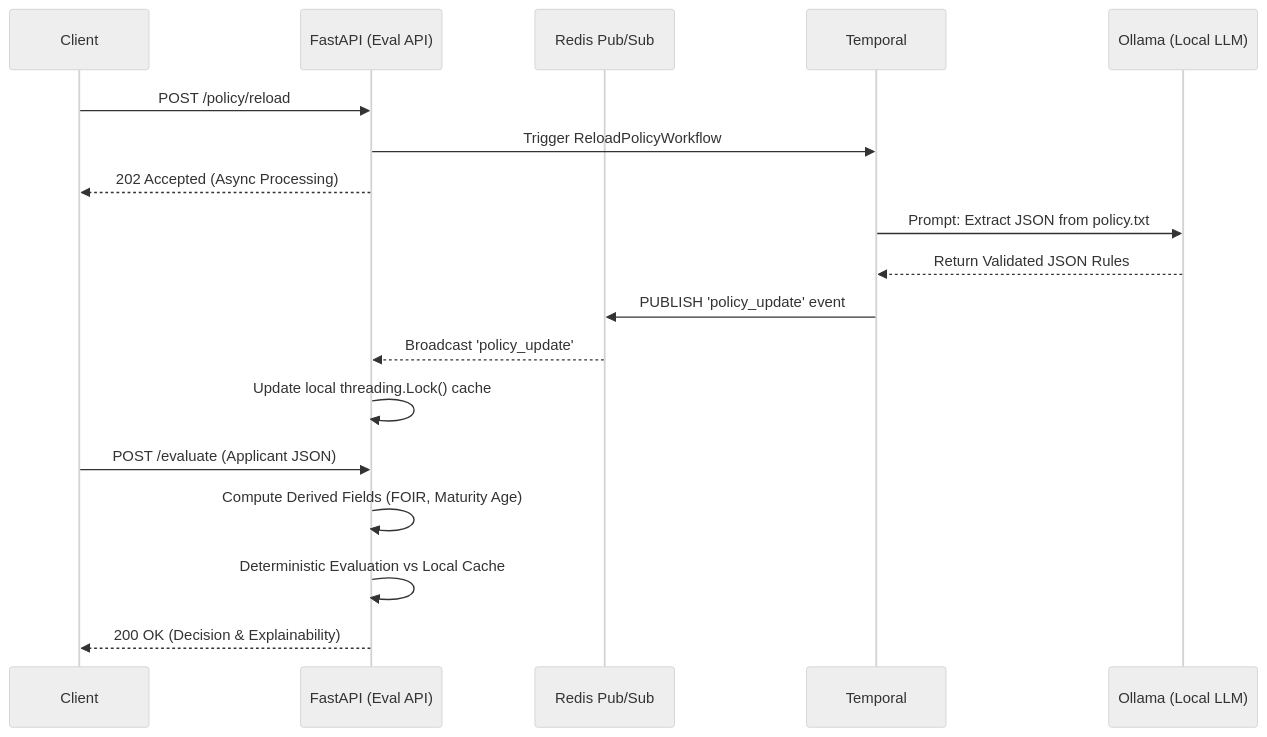
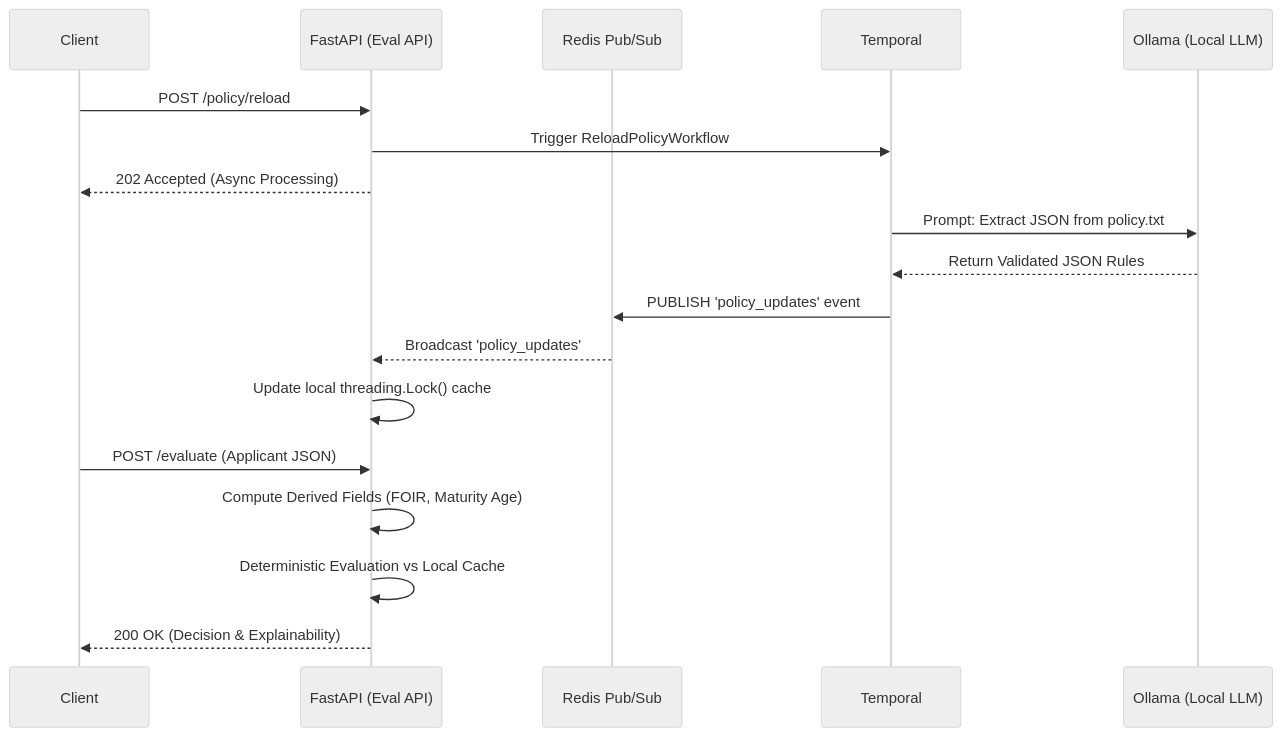
The diagram in README.md (ar29/credit-policy-engine), drawn with Mermaid (neutral theme) before and after one commit. The commit also changed other lines of this file and 11 other files, not shown here.

````diff
--- a/README.md
+++ b/README.md
@@ -14,27 +18,27 @@
 ```mermaid
 sequenceDiagram
     participant Client
     participant FastAPI (Eval API)
     participant Redis Pub/Sub
     participant Temporal
     participant Ollama (Local LLM)
     
-    %% Policy Reload Flow
+    %% Policy Reload Flow (Heavy Compute / Asynchronous)
     Client->>FastAPI (Eval API): POST /policy/reload
     FastAPI (Eval API)->>Temporal: Trigger ReloadPolicyWorkflow
     FastAPI (Eval API)-->>Client: 202 Accepted (Async Processing)
     
     Temporal->>Ollama (Local LLM): Prompt: Extract JSON from policy.txt
     Ollama (Local LLM)-->>Temporal: Return Validated JSON Rules
-    Temporal->>Redis Pub/Sub: PUBLISH 'policy_update' event
+    Temporal->>Redis Pub/Sub: PUBLISH 'policy_updates' event
     
-    %% Cache Invalidation Sync
-    Redis Pub/Sub-->>FastAPI (Eval API): Broadcast 'policy_update'
+    %% Cache Invalidation Sync (Distributed)
+    Redis Pub/Sub-->>FastAPI (Eval API): Broadcast 'policy_updates'
     FastAPI (Eval API)->>FastAPI (Eval API): Update local threading.Lock() cache
     
-    %% Evaluation Flow (Zero PII to LLM)
+    %% Evaluation Flow (Low Latency / Zero PII to LLM)
     Client->>FastAPI (Eval API): POST /evaluate (Applicant JSON)
     FastAPI (Eval API)->>FastAPI (Eval API): Compute Derived Fields (FOIR, Maturity Age)
     FastAPI (Eval API)->>FastAPI (Eval API): Deterministic Evaluation vs Local Cache
     FastAPI (Eval API)-->>Client: 200 OK (Decision & Explainability)
 ```
````
